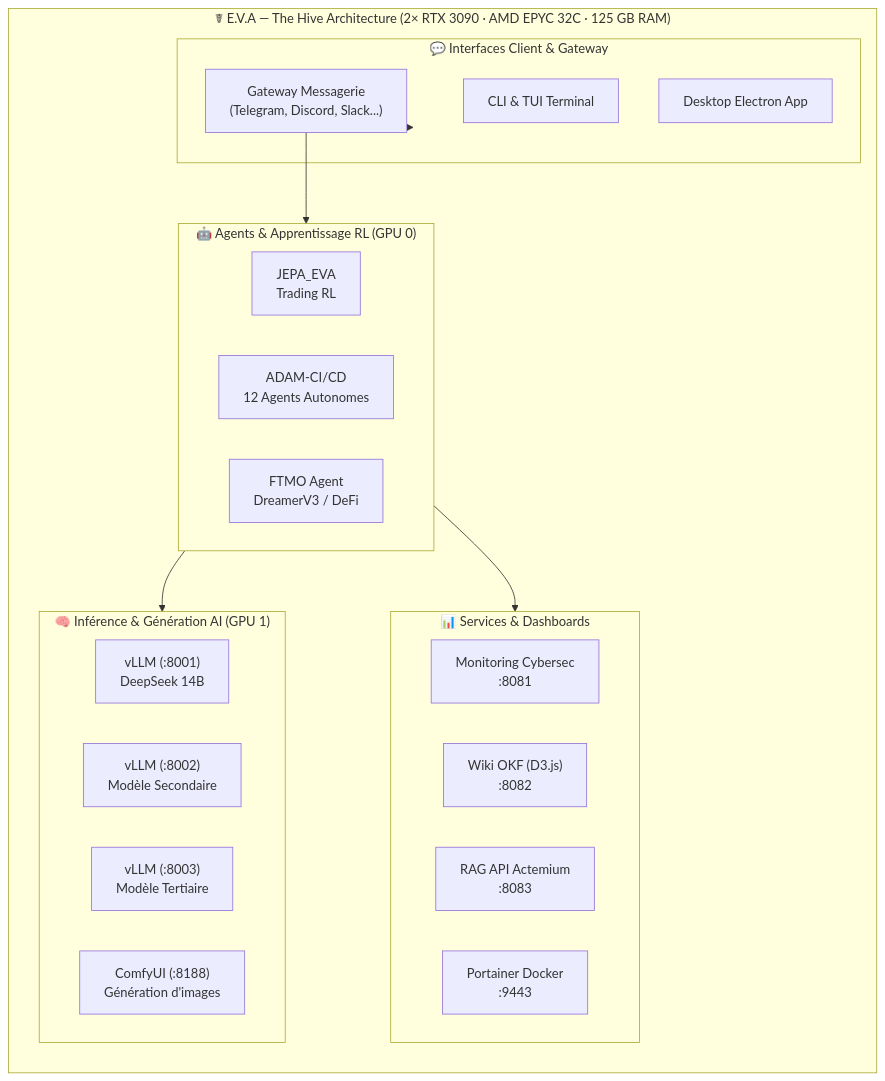
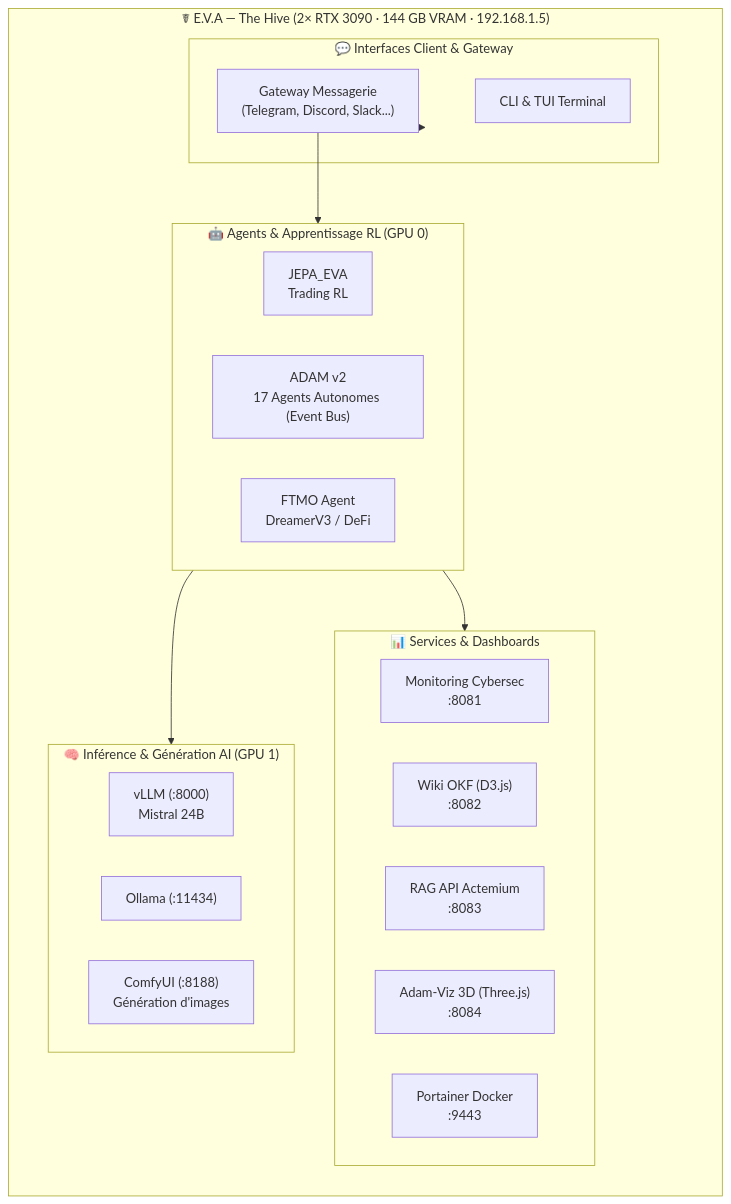
Before and after one commit to JohnNuwan/EVA_CORE: the diagram in README.md, drawn with Mermaid. The commit also changed other lines of this file, not shown here.

First line of the commit message:
README: mise à jour complète — 17 agents, 1127 skills, Adam-Viz :8084, Nothing Phone 2, event bus v2

````diff
--- a/README.md
+++ b/README.md
@@ -54,37 +54,36 @@
 ```mermaid
 graph TB
-    subgraph HIVE["☤ E.V.A — The Hive Architecture (2× RTX 3090 · AMD EPYC 32C · 125 GB RAM)"]
+    subgraph HIVE["☤ E.V.A — The Hive (2× RTX 3090 · 144 GB VRAM · 192.168.1.5)"]
         direction TB
 
         subgraph INFRA["🧠 Inférence & Génération AI (GPU 1)"]
-            vLLM1["vLLM (:8001)<br/>DeepSeek 14B"]
-            vLLM2["vLLM (:8002)<br/>Modèle Secondaire"]
-            vLLM3["vLLM (:8003)<br/>Modèle Tertiaire"]
+            vLLM1["vLLM (:8000)<br/>Mistral 24B"]
+            Ollama["Ollama (:11434)"]
             ComfyUI["ComfyUI (:8188)<br/>Génération d'images"]
         end
 
         subgraph SERVICES["📊 Services & Dashboards"]
             Mon["Monitoring Cybersec<br/>:8081"]
             Wiki["Wiki OKF (D3.js)<br/>:8082"]
             RAG["RAG API Actemium<br/>:8083"]
+            AdamViz["Adam-Viz 3D (Three.js)<br/>:8084"]
             Portainer["Portainer Docker<br/>:9443"]
         end
 
         subgraph AGENTS["🤖 Agents & Apprentissage RL (GPU 0)"]
             JEPA["JEPA_EVA<br/>Trading RL"]
-            ADAM["ADAM-CI/CD<br/>12 Agents Autonomes"]
+            ADAM["ADAM v2<br/>17 Agents Autonomes (Event Bus)"]
             FTMO["FTMO Agent<br/>DreamerV3 / DeFi"]
         end
 
         subgraph INTERFACES["💬 Interfaces Client & Gateway"]
             Gateway["Gateway Messagerie<br/>(Telegram, Discord, Slack...)"]
             CLI["CLI & TUI Terminal"]
-            Desktop["Desktop Electron App"]
         end
     end
 
     INTERFACES --> Gateway
     Gateway --> AGENTS
     AGENTS --> INFRA
     AGENTS --> SERVICES
 ```
````
